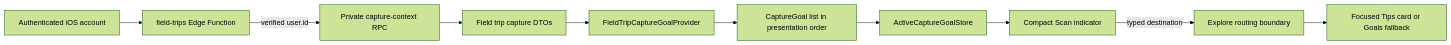
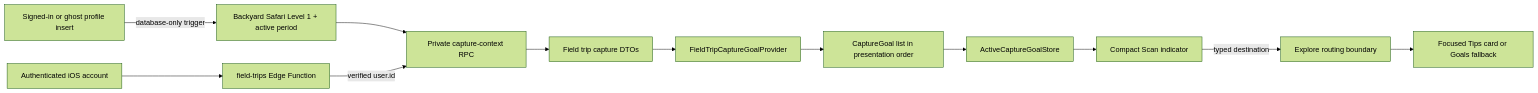
One commit to emreerdener/merian changed the diagram in docs/rfcs/active-capture-goal-context.md. Above: the diagram before and after it, drawn with Mermaid (forest theme). The commit also changed other lines of this file and 162 other files, not shown here.

````diff
--- a/docs/rfcs/active-capture-goal-context.md
+++ b/docs/rfcs/active-capture-goal-context.md
@@ -77,12 +78,14 @@
 ```mermaid
 flowchart LR
+    A0["Signed-in or ghost profile insert"] -->|"database-only trigger"| A1["Backyard Safari Level 1 + active period"]
+    A1 --> C
     A["Authenticated iOS account"] --> B["field-trips Edge Function"]
     B -->|"verified user.id"| C["Private capture-context RPC"]
     C --> D["Field trip capture DTOs"]
     D --> E["FieldTripCaptureGoalProvider"]
     E --> F["CaptureGoal list in presentation order"]
     F --> G["ActiveCaptureGoalStore"]
     G --> H["Compact Scan indicator"]
     H -->|"typed destination"| I["Explore routing boundary"]
     I --> J["Focused Tips card or Goals fallback"]
 ```
````
